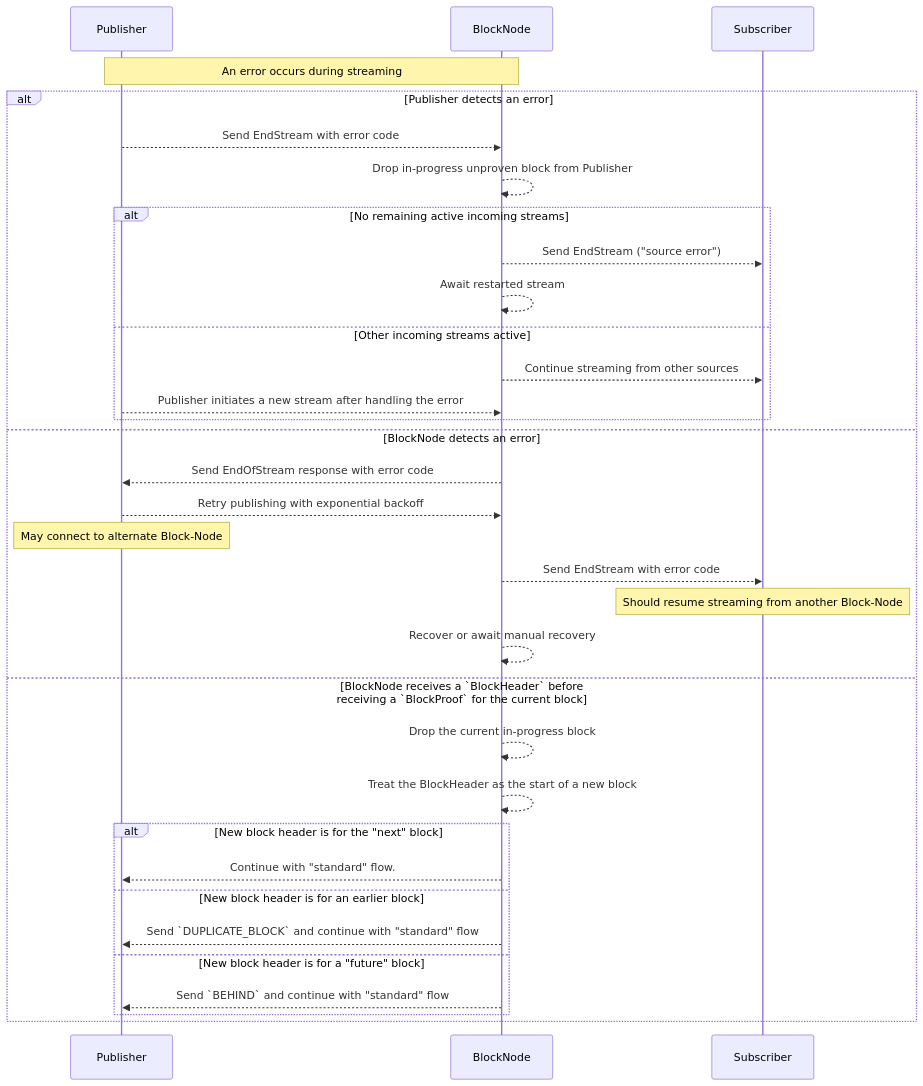
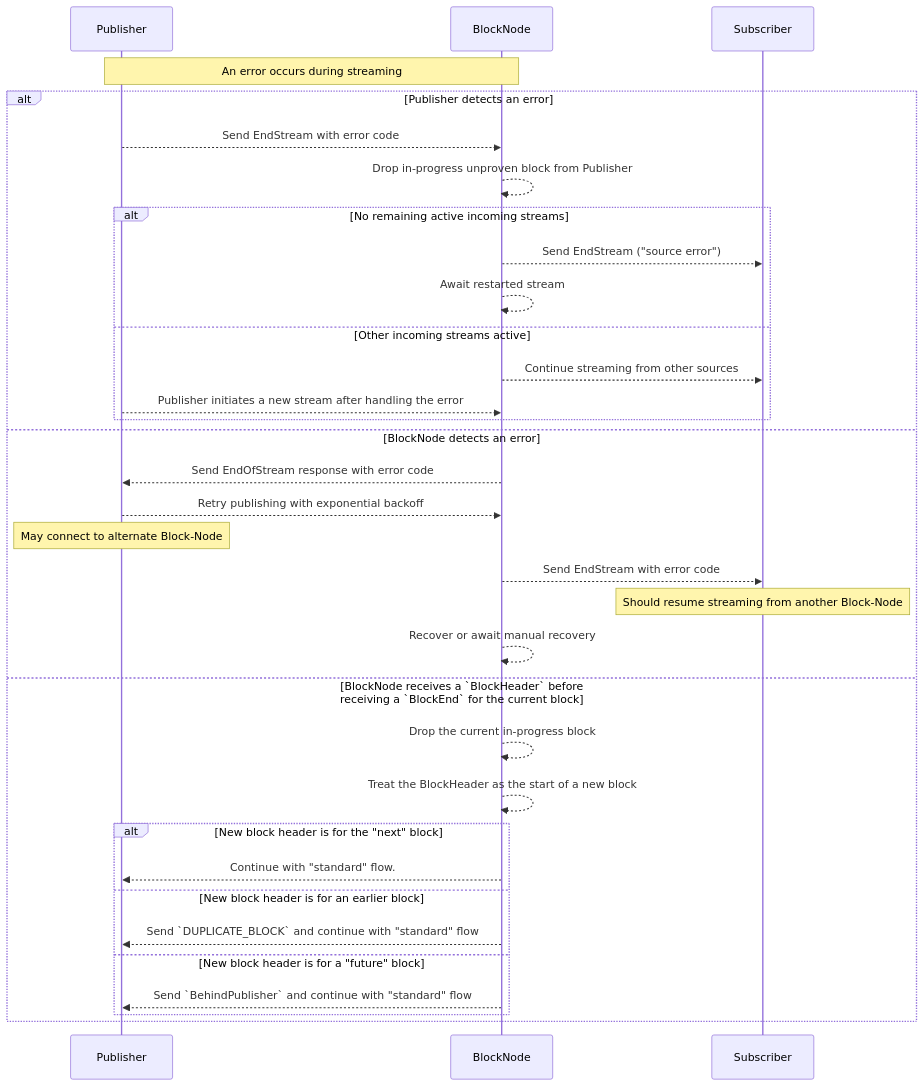
One commit to hiero-ledger/hiero-block-node changed the fourth of 4 diagrams in docs/design/communication-protocol/publish-block-stream.md. Above: the diagram before and after it, drawn with Mermaid. The commit also changed other lines of this file and 12 other files, not shown here.

````diff
--- a/docs/design/communication-protocol/publish-block-stream.md
+++ b/docs/design/communication-protocol/publish-block-stream.md
@@ -377,37 +377,37 @@
 ```mermaid
 sequenceDiagram
     participant Publisher
     participant BlockNode
     participant Subscriber
 
     Note over Publisher,BlockNode: An error occurs during streaming
 
     alt Publisher detects an error
         Publisher-->>BlockNode: Send EndStream with error code
         BlockNode-->>BlockNode: Drop in-progress unproven block from Publisher
         alt No remaining active incoming streams
             BlockNode-->>Subscriber: Send EndStream ("source error")
             BlockNode-->>BlockNode: Await restarted stream
         else Other incoming streams active
             BlockNode-->>Subscriber: Continue streaming from other sources
             Publisher-->>BlockNode: Publisher initiates a new stream after handling the error
         end
     else BlockNode detects an error
         BlockNode-->>Publisher: Send EndOfStream response with error code
         Publisher-->>BlockNode: Retry publishing with exponential backoff
         Note over Publisher: May connect to alternate Block-Node
         BlockNode-->>Subscriber: Send EndStream with error code
         Note over Subscriber: Should resume streaming from another Block-Node
         BlockNode-->>BlockNode: Recover or await manual recovery
-    else BlockNode receives a `BlockHeader` before<br/>receiving a `BlockProof` for the current block
+    else BlockNode receives a `BlockHeader` before<br/>receiving a `BlockEnd` for the current block
         BlockNode-->>BlockNode: Drop the current in-progress block
         BlockNode-->>BlockNode: Treat the BlockHeader as the start of a new block
         alt New block header is for the "next" block
             BlockNode-->>Publisher: Continue with "standard" flow.
         else New block header is for an earlier block
             BlockNode-->>Publisher: Send `DUPLICATE_BLOCK` and continue with "standard" flow
         else New block header is for a "future" block
-            BlockNode-->>Publisher: Send `BEHIND` and continue with "standard" flow
+            BlockNode-->>Publisher: Send `BehindPublisher` and continue with "standard" flow
         end
     end
 ```
````
